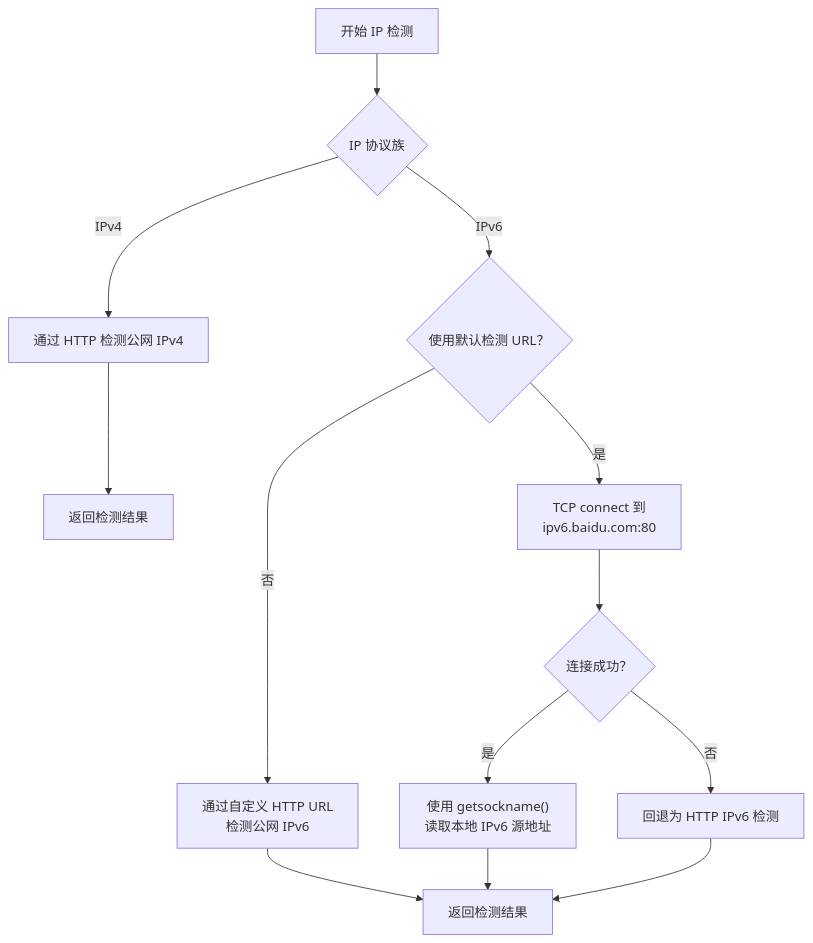
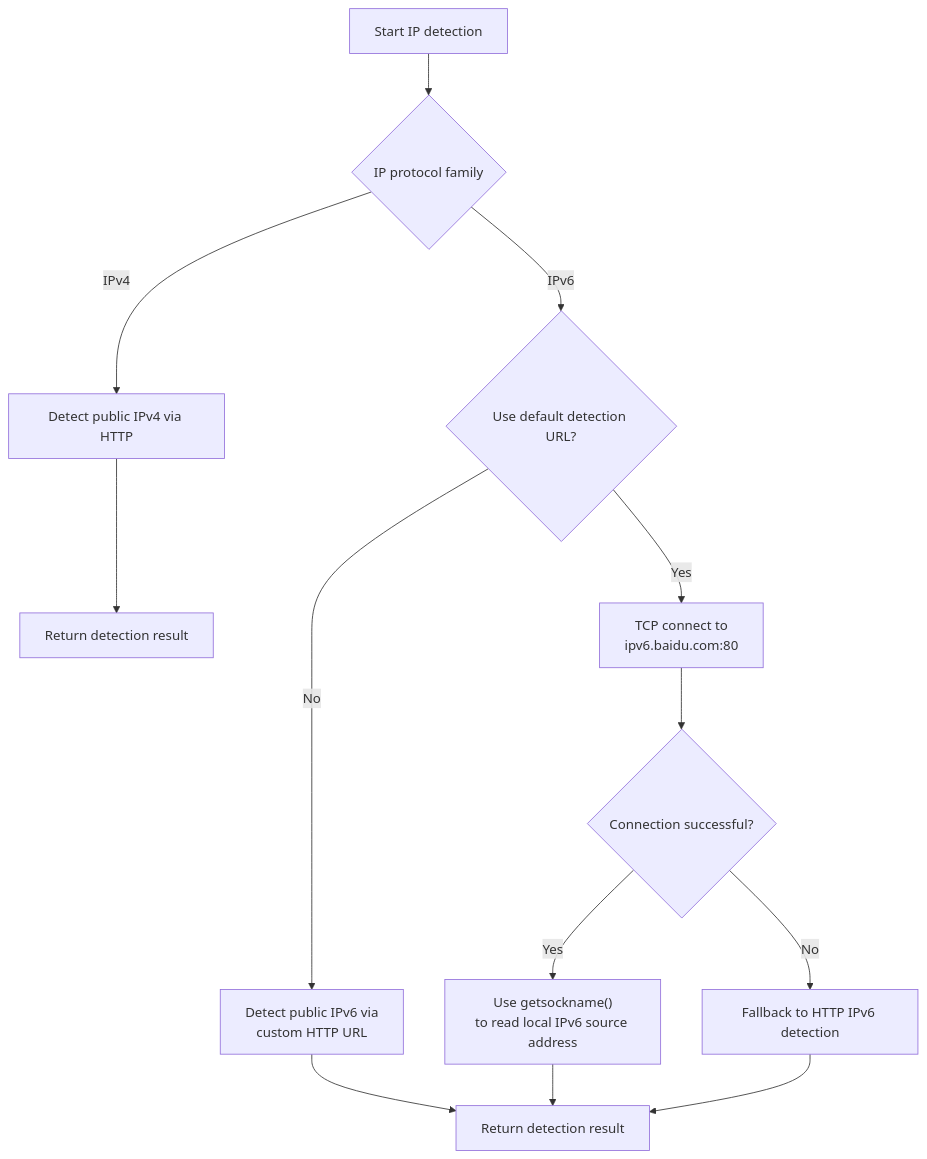
The fifth of 6 diagrams in README.md (hrimfaxi/tumgrd), drawn with Mermaid before and after one commit. The commit also changed other lines of this file and 1 other file, not shown here.

````diff
--- a/README.md
+++ b/README.md
@@ -184,21 +186,21 @@
 ```mermaid
 flowchart TD
-    START["开始 IP 检测"] --> VERSION{"IP 协议族"}
+    START["Start IP detection"] --> VERSION{"IP protocol family"}
 
-    VERSION -- IPv4 --> HTTP4["通过 HTTP 检测公网 IPv4"]
-    HTTP4 --> RESULT4["返回检测结果"]
+    VERSION -- IPv4 --> HTTP4["Detect public IPv4 via HTTP"]
+    HTTP4 --> RESULT4["Return detection result"]
 
-    VERSION -- IPv6 --> DEFAULT{"使用默认检测 URL？"}
+    VERSION -- IPv6 --> DEFAULT{"Use default detection URL?"}
 
-    DEFAULT -- 否 --> HTTP6["通过自定义 HTTP URL<br/>检测公网 IPv6"]
-    HTTP6 --> RESULT6["返回检测结果"]
+    DEFAULT -- No --> HTTP6["Detect public IPv6 via<br/>custom HTTP URL"]
+    HTTP6 --> RESULT6["Return detection result"]
 
-    DEFAULT -- 是 --> CONNECT["TCP connect 到<br/>ipv6.baidu.com:80"]
-    CONNECT --> OK{"连接成功？"}
+    DEFAULT -- Yes --> CONNECT["TCP connect to<br/>ipv6.baidu.com:80"]
+    CONNECT --> OK{"Connection successful?"}
 
-    OK -- 是 --> SOCKNAME["使用 getsockname()<br/>读取本地 IPv6 源地址"]
+    OK -- Yes --> SOCKNAME["Use getsockname()<br/>to read local IPv6 source address"]
     SOCKNAME --> RESULT6
 
-    OK -- 否 --> FALLBACK["回退为 HTTP IPv6 检测"]
+    OK -- No --> FALLBACK["Fallback to HTTP IPv6 detection"]
     FALLBACK --> RESULT6
 ```
````
